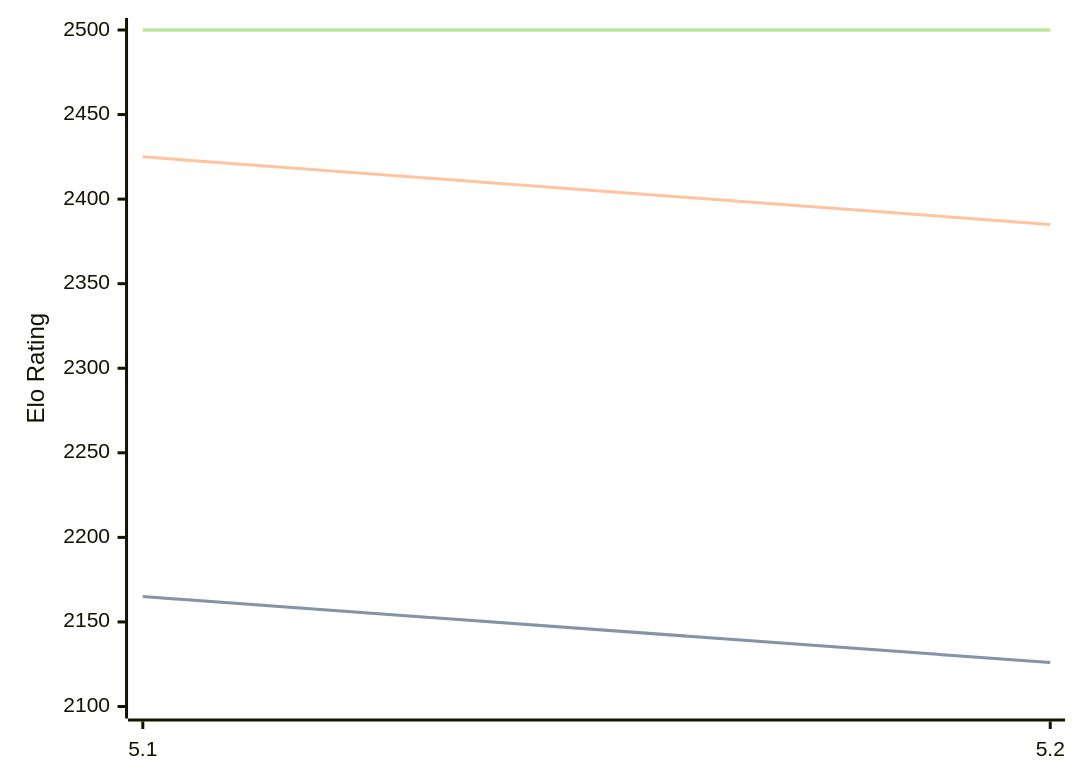
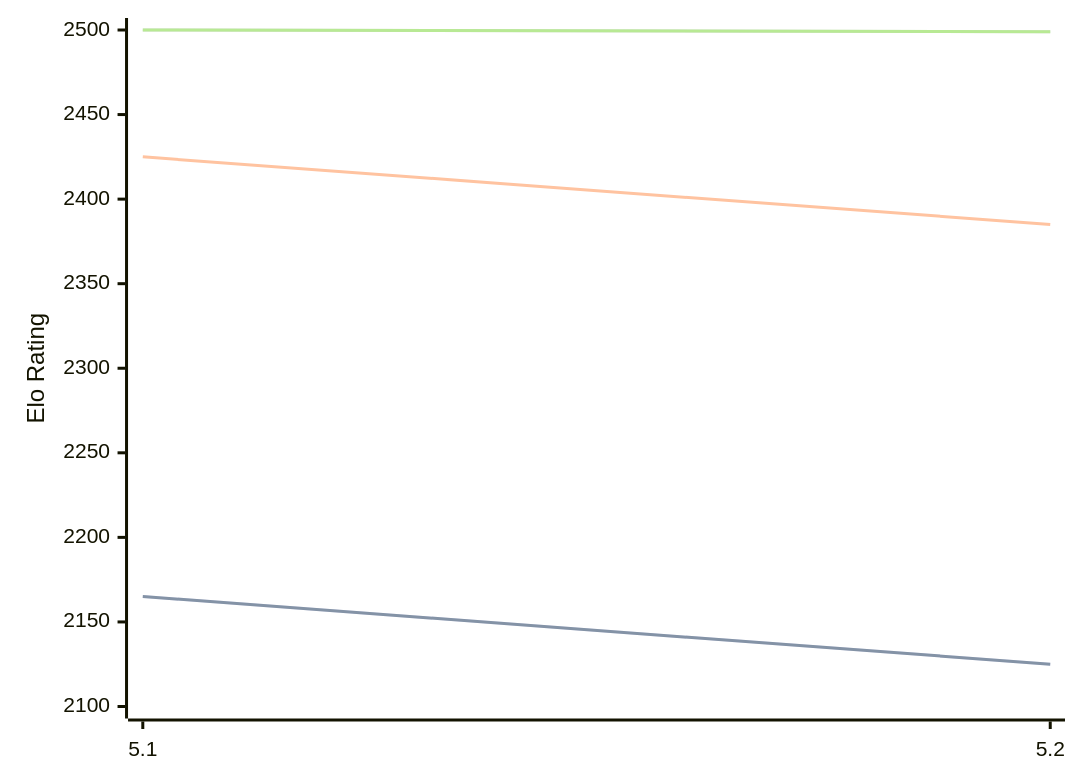
One commit to computer-chess-index/cci changed the diagram in engines/Prophet.md. Above: the diagram before and after it, drawn with Mermaid. The commit also changed other lines of this file, not shown here.

Commit message:
Update CCI Ratings (ELO VLTC) - 2026-09-11

````diff
--- a/engines/Prophet.md
+++ b/engines/Prophet.md
@@ -32,11 +32,11 @@
 ```mermaid
 %%{init: {"theme":"base","themeVariables":{"seriesColors:['#a3a3a3','#222221','#faa371']}}}%%
 xychart-beta
   x-axis ["5.1", "5.2"]
   y-axis "Elo Rating" 2100 --> 2500
-  line "" [2165, 2126]
-  line "STC (8.0+0.08s)" [2165, 2126]
+  line "" [2165, 2125]
+  line "STC (8.0+0.08s)" [2165, 2125]
   line "LTC (60.0+0.60s)" [2425, 2385]
-  line "" [2500, 2500]
-  line "VLTC (2m24s+1.12s)" [2500, 2500]
+  line "" [2500, 2499]
+  line "VLTC (2m24s+1.12s)" [2500, 2499]
 ```
````
